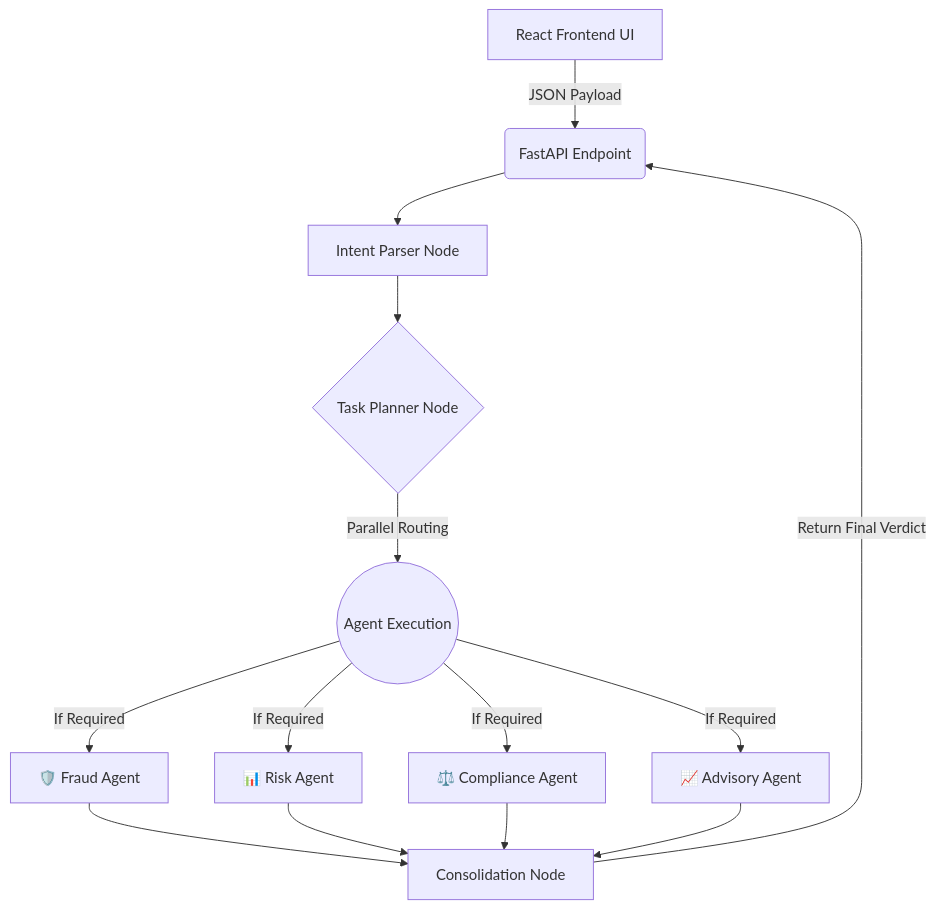
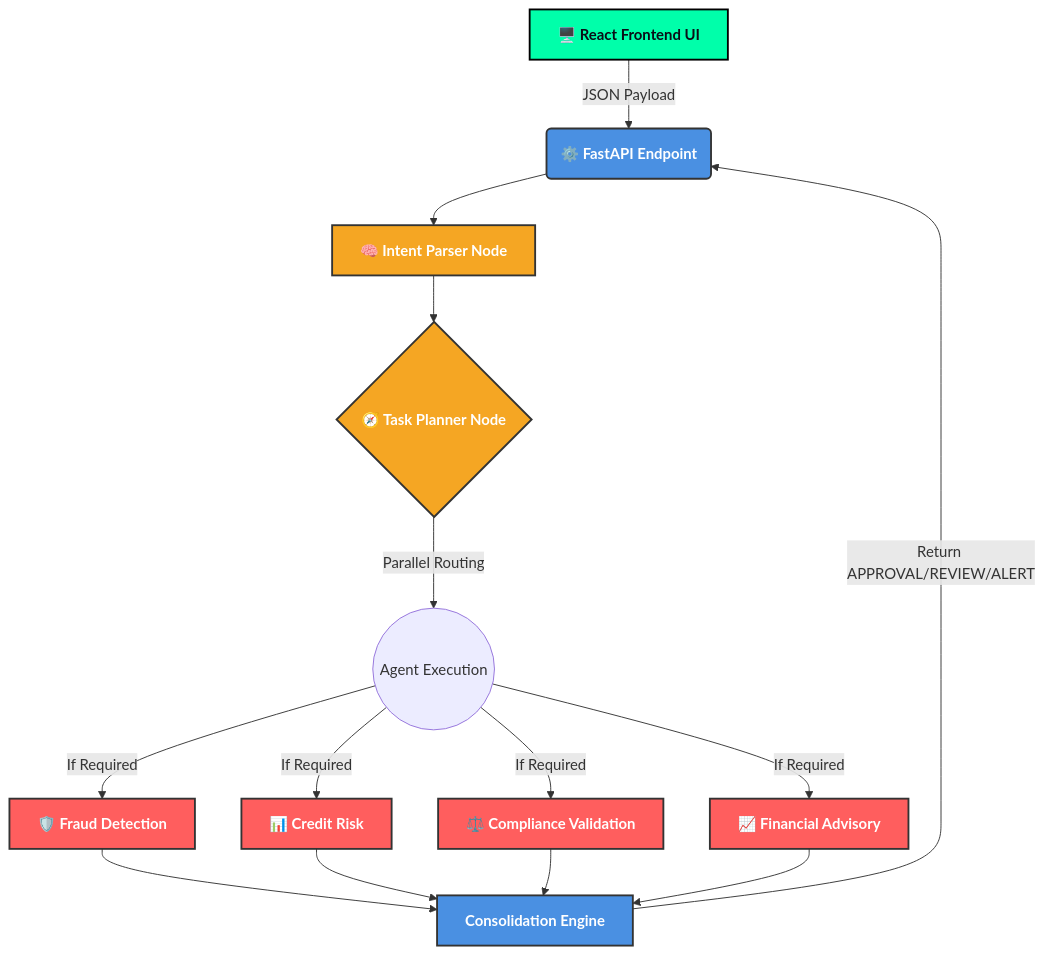
The first of 2 diagrams in README.md (jenish102002/FinAgent-AI-Multi-Agent-Financial-Intelligence-System), drawn with Mermaid before and after one commit. The commit also changed other lines of this file, not shown here.

Commit message:
docs: align README with resume descriptions and add vibrant Mermaid colors

````diff
--- a/README.md
+++ b/README.md
@@ -37,20 +36,27 @@
 ```mermaid
 graph TD
-    UI[React Frontend UI] -->|JSON Payload| API(FastAPI Endpoint)
-    API --> Intent[Intent Parser Node]
-    Intent --> Planner{Task Planner Node}
+    %% Node Styling Definitions
+    classDef frontend fill:#00ffaa,stroke:#000,stroke-width:2px,color:#0a0e17,font-weight:bold;
+    classDef backend fill:#4a90e2,stroke:#333,stroke-width:2px,color:#fff,font-weight:bold;
+    classDef brain fill:#f5a623,stroke:#333,stroke-width:2px,color:#fff,font-weight:bold;
+    classDef agents fill:#ff5e5e,stroke:#333,stroke-width:2px,color:#fff,font-weight:bold;
+    classDef output fill:#28a745,stroke:#333,stroke-width:2px,color:#fff,font-weight:bold;
+
+    UI[🖥️ React Frontend UI]:::frontend -->|JSON Payload| API(⚙️ FastAPI Endpoint):::backend
+    API --> Intent[🧠 Intent Parser Node]:::brain
+    Intent --> Planner{🧭 Task Planner Node}:::brain
     
     Planner -->|Parallel Routing| Switch((Agent Execution))
     
-    Switch -->|If Required| Fraud[🛡️ Fraud Agent]
-    Switch -->|If Required| Risk[📊 Risk Agent]
-    Switch -->|If Required| Comp[⚖️ Compliance Agent]
-    Switch -->|If Required| Adv[📈 Advisory Agent]
+    Switch -->|If Required| Fraud[🛡️ Fraud Detection]:::agents
+    Switch -->|If Required| Risk[📊 Credit Risk]:::agents
+    Switch -->|If Required| Comp[⚖️ Compliance Validation]:::agents
+    Switch -->|If Required| Adv[📈 Financial Advisory]:::agents
     
-    Fraud --> Consensus[Consolidation Node]
+    Fraud --> Consensus[Consolidation Engine]:::backend
     Risk --> Consensus
     Comp --> Consensus
     Adv --> Consensus
     
-    Consensus -->|Return Final Verdict| API
+    Consensus -->|Return APPROVAL/REVIEW/ALERT| API
 ```
````
